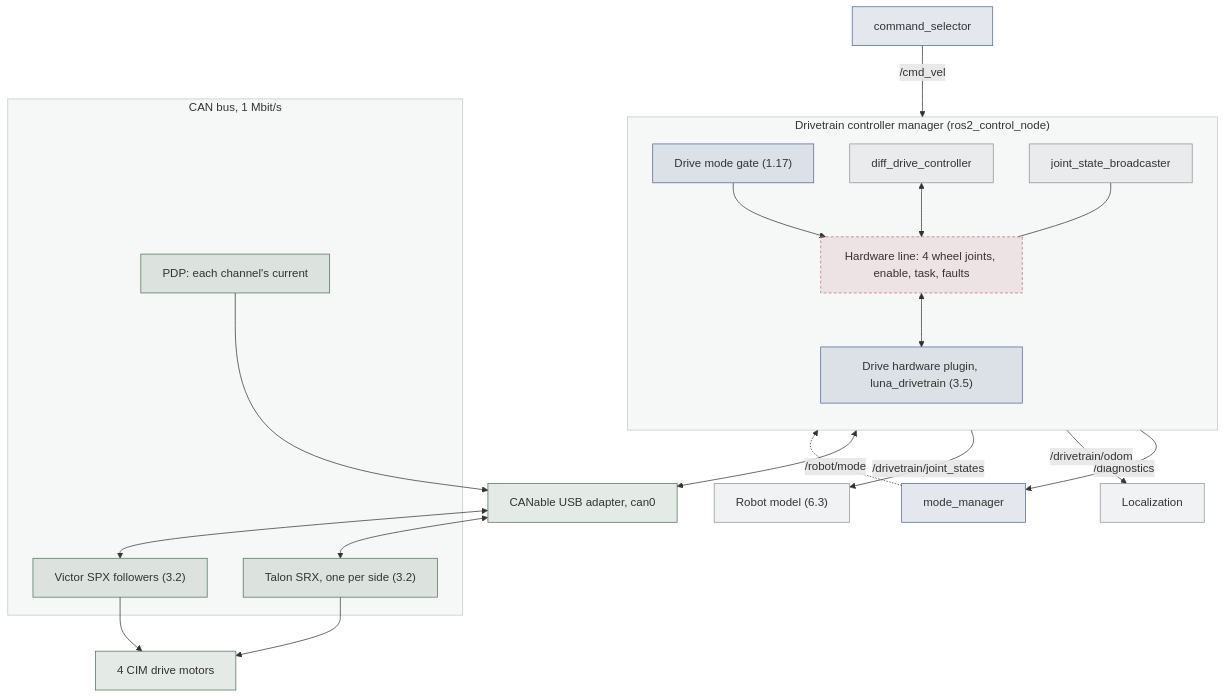
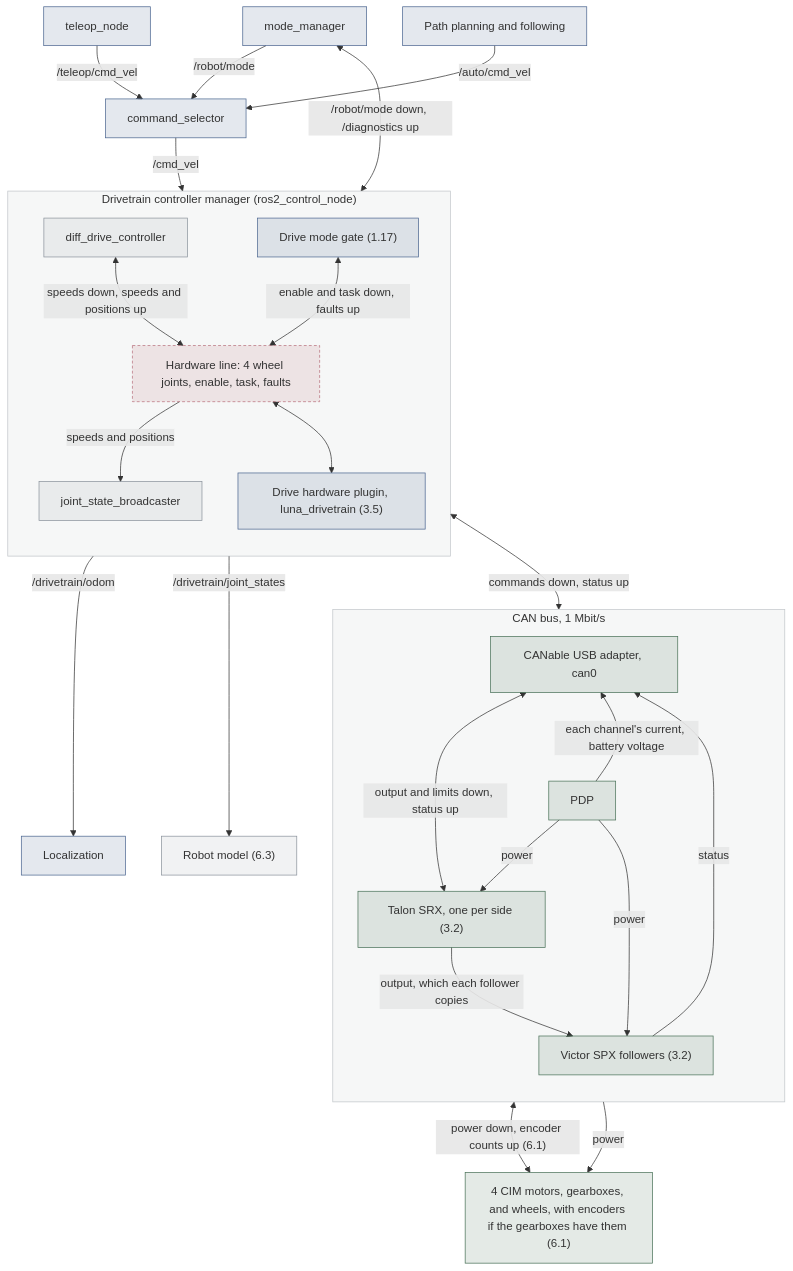
One commit to STAR-Robotics-Team/starrt-luna-software changed the first of 2 diagrams in docs/design/drivetrain.md. Above: the diagram before and after it, drawn with Mermaid. The commit also changed other lines of this file and 25 other files, not shown here.

````diff
--- a/docs/design/drivetrain.md
+++ b/docs/design/drivetrain.md
@@ -270,52 +270,61 @@
 ```mermaid
 ---
 config:
   flowchart:
-    wrappingWidth: 220
+    wrappingWidth: 200
 ---
 flowchart TB
+  teleop["teleop_node"]
+  planner["Path planning and following"]
+  mm["mode_manager"]
   sel["command_selector"]
-  mm["mode_manager"]
-  loc["Localization"]
-  rm["Robot model (6.3)"]
   subgraph cm["Drivetrain controller manager (ros2_control_node)"]
     direction TB
+    ddc["diff_drive_controller"]
     gate["Drive mode gate (1.17)"]
-    ddc["diff_drive_controller"]
     jsb["joint_state_broadcaster"]
     line["Hardware line: 4 wheel joints, enable, task, faults"]
     plugin["Drive hardware plugin, luna_drivetrain (3.5)"]
-    gate --> line
-    ddc <--> line
-    jsb --- line
+    ddc <-->|"speeds down, speeds and positions up"| line
+    gate <-->|"enable and task down, faults up"| line
+    line -->|"speeds and positions"| jsb
     line <--> plugin
   end
-  adapter["CANable USB adapter, can0"]
+  loc["Localization"]
+  rm["Robot model (6.3)"]
   subgraph can["CAN bus, 1 Mbit/s"]
+    direction TB
+    adapter["CANable USB adapter, can0"]
     talons["Talon SRX, one per side (3.2)"]
     victors["Victor SPX followers (3.2)"]
-    pdp["PDP: each channel's current"]
+    pdp["PDP"]
+    adapter <-->|"output and limits down, status up"| talons
+    talons -->|"output, which each follower copies"| victors
+    adapter ~~~ pdp
+    pdp -->|"power"| talons
+    pdp -->|"power"| victors
+    victors -->|"status"| adapter
+    pdp -->|"each channel's current, battery voltage"| adapter
   end
-  motors["4 CIM drive motors"]
+  drive["4 CIM motors, gearboxes, and wheels, with encoders if the gearboxes have them (6.1)"]
+  teleop -->|"/teleop/cmd_vel"| sel
+  planner -->|"/auto/cmd_vel"| sel
+  mm -->|"/robot/mode"| sel
+  mm <-->|"/robot/mode down, /diagnostics up"| gate
   sel -->|"/cmd_vel"| ddc
-  mm -.->|"/robot/mode"| gate
-  gate -->|"/diagnostics"| mm
   ddc -->|"/drivetrain/odom"| loc
   jsb -->|"/drivetrain/joint_states"| rm
-  plugin <--> adapter
-  adapter <--> talons
-  adapter <--> victors
-  pdp --> adapter
-  talons --> motors
-  victors --> motors
+  plugin <-->|"commands down, status up"| adapter
+  talons <-->|"power down, encoder counts up (6.1)"| drive
+  victors -->|"power"| drive
   classDef ours fill:#4c669026,stroke:#4c6690
   classDef ros fill:#8b939c1f,stroke:#8b939c
   classDef hw fill:#4a725926,stroke:#4a7259
   classDef hwline fill:#b9707c26,stroke:#b9707c,stroke-dasharray:4 3
-  class sel,mm,gate,plugin ours
-  class ddc,jsb,loc,rm ros
-  class adapter,talons,victors,pdp,motors hw
+  class teleop,planner,mm,sel,gate,plugin,loc ours
+  class ddc,jsb,rm ros
+  class adapter,talons,victors,pdp,drive hw
   class line hwline
   style cm fill:#8b939c14,stroke:#8b939c80
   style can fill:#8b939c14,stroke:#8b939c80
 ```
````
